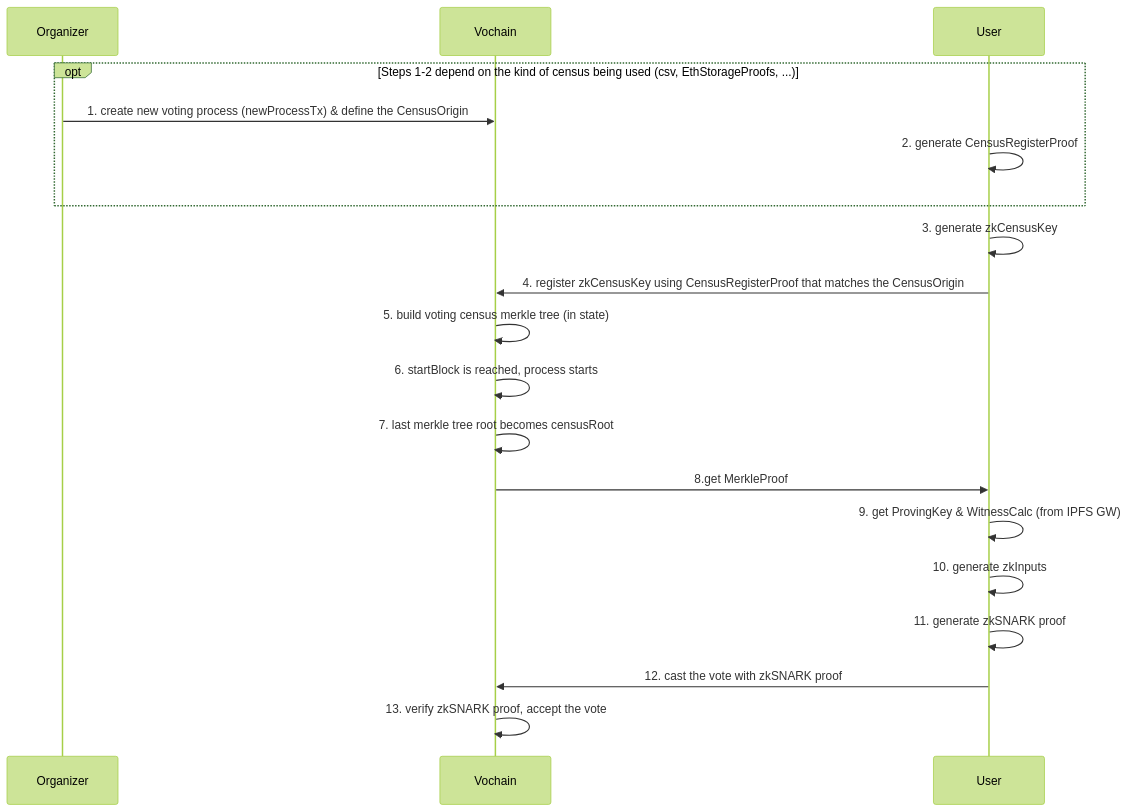
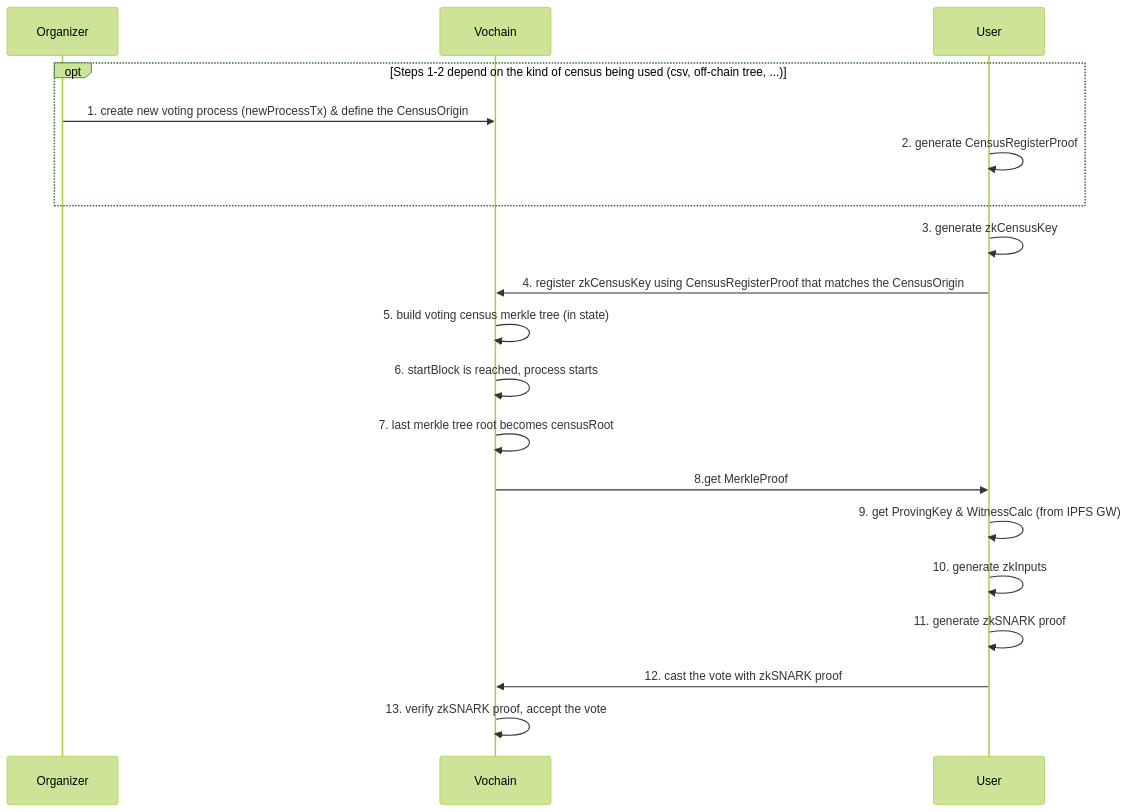
One commit to vocdoni/developer-portal changed the first of 2 diagrams in docs/protocol/anonymity/zk-census-proof.md. Above: the diagram before and after it, drawn with Mermaid. The commit also changed other lines of this file and 5 other files, not shown here.

Commit message:
Deprecate eth storage proofs

````diff
--- a/docs/protocol/anonymity/zk-census-proof.md
+++ b/docs/protocol/anonymity/zk-census-proof.md
@@ -64,22 +64,22 @@
 ```mermaid
 %%{init: {'theme':'forest'}}%%
 
 sequenceDiagram
-opt Steps 1-2 depend on the kind of census being used (csv, EthStorageProofs, ...)
+opt Steps 1-2 depend on the kind of census being used (csv, off-chain tree, ...)
   Organizer->>Vochain: 1. create new voting process (newProcessTx) & define the CensusOrigin
   User->>User: 2. generate CensusRegisterProof
 end
 
 User->>User: 3. generate zkCensusKey
 User->>Vochain: 4. register zkCensusKey using CensusRegisterProof that matches the CensusOrigin
 Vochain->>Vochain: 5. build voting census merkle tree (in state)
 Vochain->>Vochain: 6. startBlock is reached, process starts
 Vochain->>Vochain: 7. last merkle tree root becomes censusRoot
 Vochain->>User: 8.get MerkleProof
 # note, next line goes from User->User instead of User->IPFS to avoid spending a full column just for 1 query to IPFS
 User->>User: 9. get ProvingKey & WitnessCalc (from IPFS GW)
 User->>User: 10. generate zkInputs
 User->>User: 11. generate zkSNARK proof
 User->>Vochain: 12. cast the vote with zkSNARK proof
 Vochain->>Vochain: 13. verify zkSNARK proof, accept the vote
 ```
````
